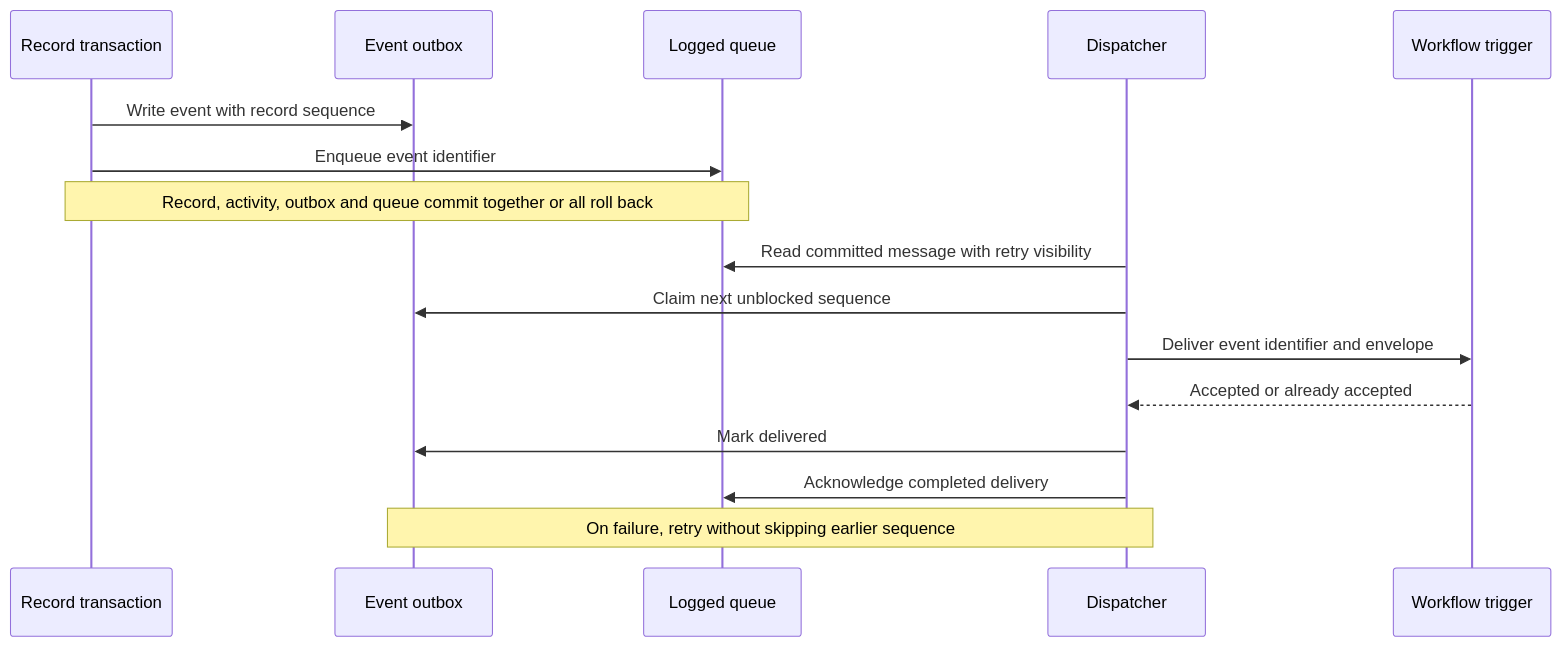
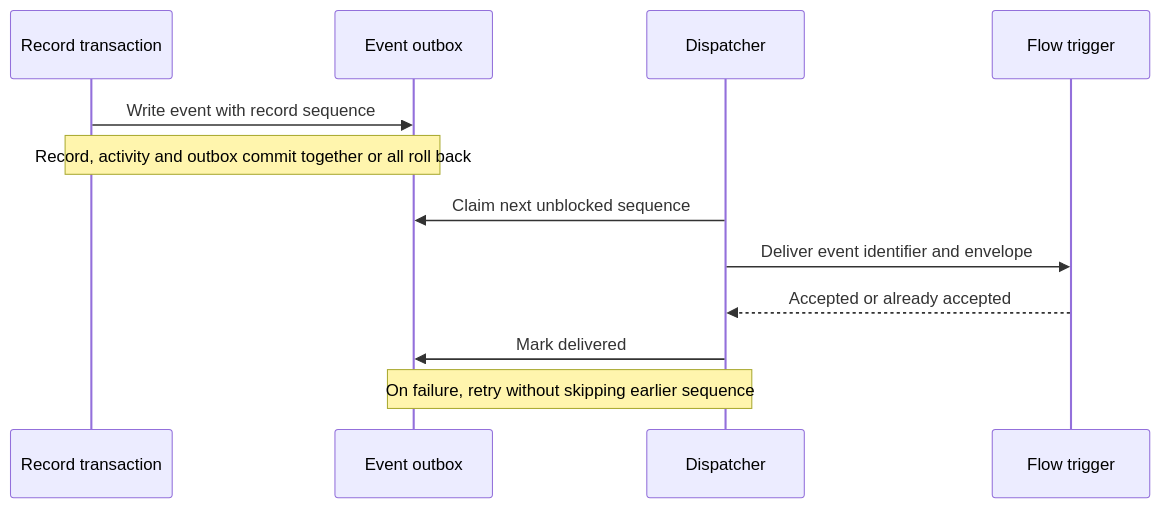
The third of 3 diagrams in docs/specification/08-forms-actions-rules-and-events.md (Abzum-NZ/Abzum-Vortex), drawn with Mermaid before and after one commit. The commit also changed other lines of this file and 73 other files, not shown here.

````diff
--- a/docs/specification/08-forms-actions-rules-and-events.md
+++ b/docs/specification/08-forms-actions-rules-and-events.md
@@ -280,18 +204,14 @@
 ```mermaid
 sequenceDiagram
     participant DB as Record transaction
     participant Outbox as Event outbox
-    participant Queue as Logged queue
     participant Dispatch as Dispatcher
-    participant Consumer as Workflow trigger
+    participant Consumer as Flow trigger
     DB->>Outbox: Write event with record sequence
-    DB->>Queue: Enqueue event identifier
-    Note over DB,Queue: Record, activity, outbox and queue commit together or all roll back
-    Dispatch->>Queue: Read committed message with retry visibility
+    Note over DB,Outbox: Record, activity and outbox commit together or all roll back
     Dispatch->>Outbox: Claim next unblocked sequence
     Dispatch->>Consumer: Deliver event identifier and envelope
     Consumer-->>Dispatch: Accepted or already accepted
     Dispatch->>Outbox: Mark delivered
-    Dispatch->>Queue: Acknowledge completed delivery
     Note over Dispatch,Outbox: On failure, retry without skipping earlier sequence
 ```
````
